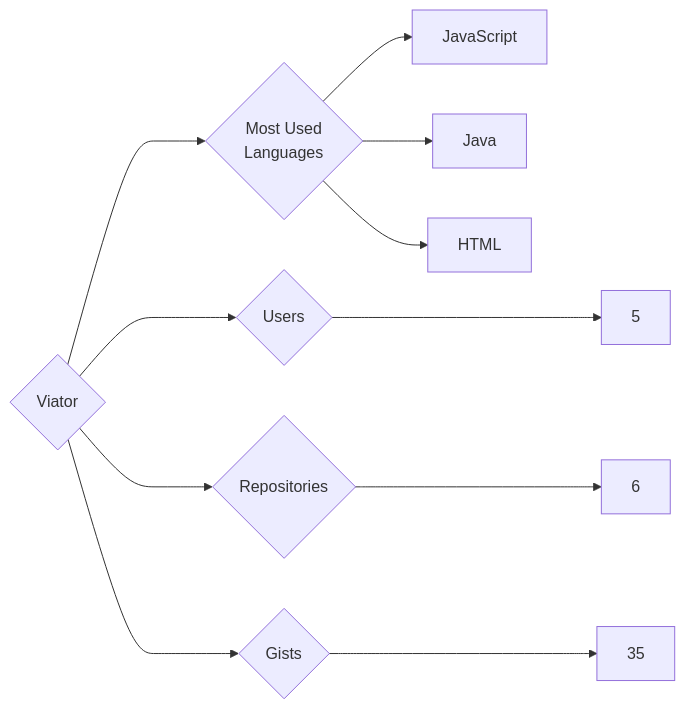
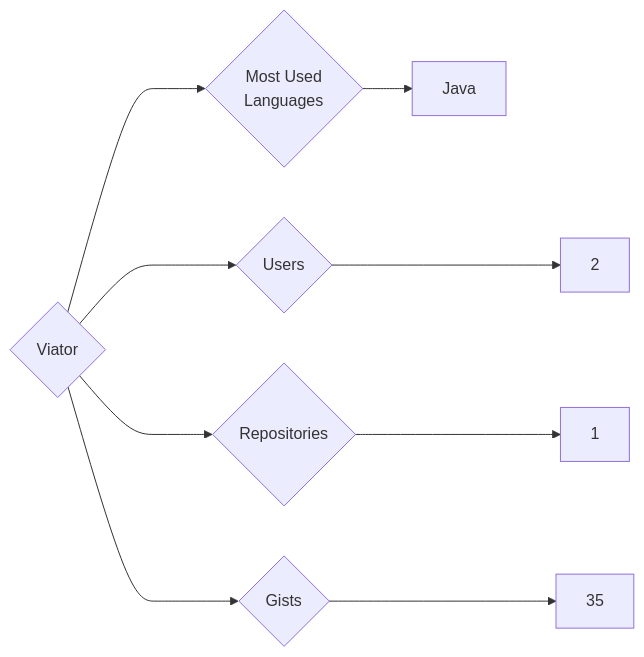
The diagram in targets/Viator/README.md (trickest/insiders), drawn with Mermaid before and after one commit. The commit also changed 1508 other files, not shown here.

````diff
--- a/targets/Viator/README.md
+++ b/targets/Viator/README.md
@@ -3,11 +3,9 @@
 ```mermaid
 graph LR
 COMPANY_NAME{Viator}
-COMPANY_NAME ---> U{Users} ---> UN[5]
-COMPANY_NAME ---> R{Repositories} ---> RN[6]
+COMPANY_NAME ---> U{Users} ---> UN[2]
+COMPANY_NAME ---> R{Repositories} ---> RN[1]
 COMPANY_NAME ---> G{Gists} ---> GN[35]
 COMPANY_NAME ---> ML{Most Used<br>Languages}
-ML --> JavaScript[JavaScript]
 ML --> Java[Java]
-ML --> HTML[HTML]
 ```
````
